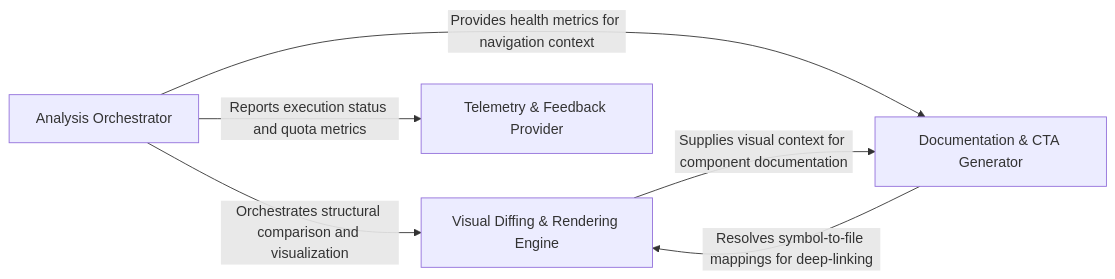
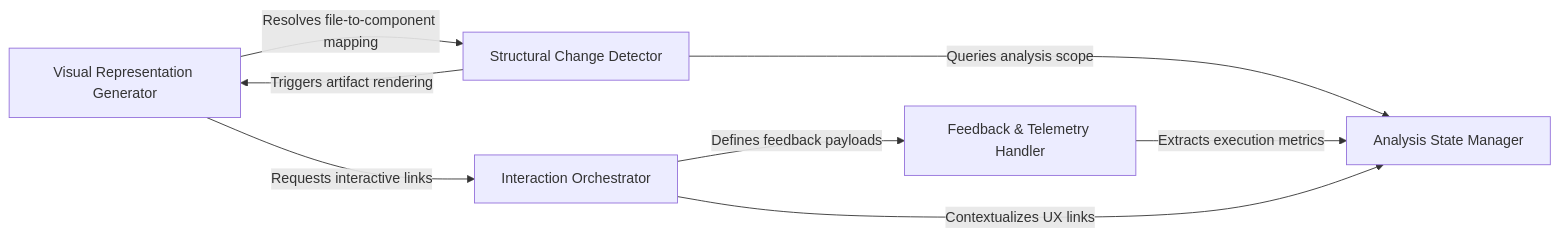
Before and after one commit to CodeBoarding/CodeBoarding-action: the diagram in .codeboarding/overview.md, drawn with Mermaid. The commit also changed other lines of this file and 10 other files, not shown here.

Commit message:
chore(codeboarding): sync architecture baseline

````diff
--- a/.codeboarding/overview.md
+++ b/.codeboarding/overview.md
@@ -1,16 +1,15 @@
 ```mermaid
 graph LR
-    Analysis_Orchestrator["Analysis Orchestrator"]
-    Visual_Diffing_Rendering_Engine["Visual Diffing & Rendering Engine"]
-    Documentation_CTA_Generator["Documentation & CTA Generator"]
-    Telemetry_Feedback_Provider["Telemetry & Feedback Provider"]
-    Analysis_Orchestrator -- "Orchestrates structural comparison and visualization" --> Visual_Diffing_Rendering_Engine
-    Analysis_Orchestrator -- "Provides health metrics for navigation context" --> Documentation_CTA_Generator
-    Analysis_Orchestrator -- "Reports execution status and quota metrics" --> Telemetry_Feedback_Provider
-    Visual_Diffing_Rendering_Engine -- "Supplies visual context for component documentation" --> Documentation_CTA_Generator
-    Documentation_CTA_Generator -- "Resolves symbol-to-file mappings for deep-linking" --> Visual_Diffing_Rendering_Engine
-    click Analysis_Orchestrator href "https://github.com/CodeBoarding/CodeBoarding-action/blob/main/.codeboarding/Analysis_Orchestrator.md" "Details"
-    click Visual_Diffing_Rendering_Engine href "https://github.com/CodeBoarding/CodeBoarding-action/blob/main/.codeboarding/Visual_Diffing_Rendering_Engine.md" "Details"
-    click Documentation_CTA_Generator href "https://github.com/CodeBoarding/CodeBoarding-action/blob/main/.codeboarding/Documentation_CTA_Generator.md" "Details"
-    click Telemetry_Feedback_Provider href "https://github.com/CodeBoarding/CodeBoarding-action/blob/main/.codeboarding/Telemetry_Feedback_Provider.md" "Details"
+    Analysis_State_Manager["Analysis State Manager"]
+    Visual_Representation_Generator["Visual Representation Generator"]
+    Structural_Change_Detector["Structural Change Detector"]
+    Feedback_Telemetry_Handler["Feedback & Telemetry Handler"]
+    Interaction_Orchestrator["Interaction Orchestrator"]
+    Visual_Representation_Generator -- "Resolves file-to-component mapping" --> Structural_Change_Detector
+    Visual_Representation_Generator -- "Requests interactive links" --> Interaction_Orchestrator
+    Structural_Change_Detector -- "Queries analysis scope" --> Analysis_State_Manager
+    Structural_Change_Detector -- "Triggers artifact rendering" --> Visual_Representation_Generator
+    Feedback_Telemetry_Handler -- "Extracts execution metrics" --> Analysis_State_Manager
+    Interaction_Orchestrator -- "Contextualizes UX links" --> Analysis_State_Manager
+    Interaction_Orchestrator -- "Defines feedback payloads" --> Feedback_Telemetry_Handler
 ```
````
